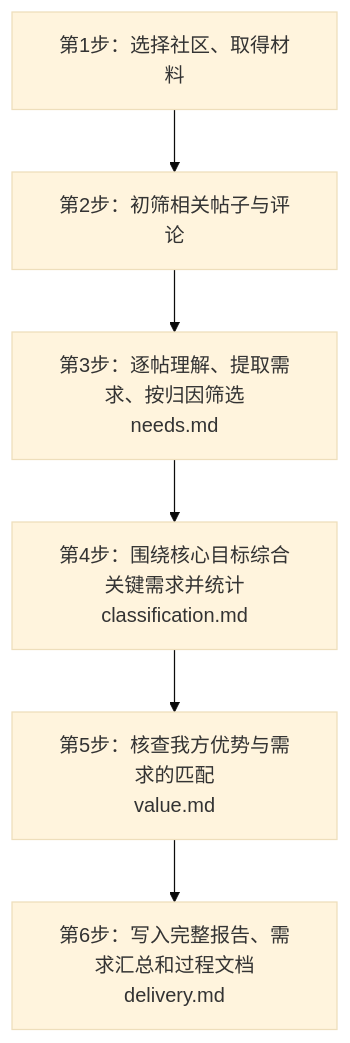
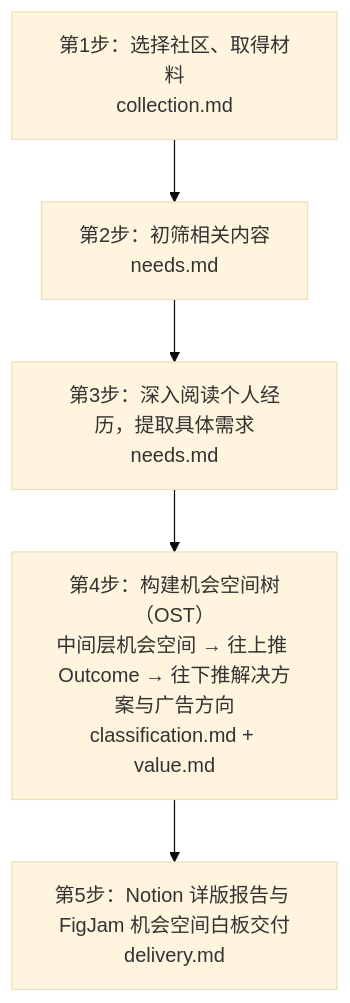
Before and after one commit to ezra-y/agents_kit: the diagram in skills/product/reddit-community-research/SKILL.md, drawn with Mermaid (base theme). The commit also changed other lines of this file and 9 other files, not shown here.

Commit message:
feat(reddit-community-research): add OST synthesis, multi-subreddit collection, and action evidence

````diff
--- a/skills/product/reddit-community-research/SKILL.md
+++ b/skills/product/reddit-community-research/SKILL.md
@@ -22,10 +27,7 @@
 ```mermaid
 flowchart TD
-    A["第1步：选择社区、取得材料"]
-    B["第2步：初筛相关帖子与评论"]
-    C["第3步：逐帖理解、提取需求、按归因筛选<br/>needs.md"]
-    D["第4步：围绕核心目标综合关键需求并统计<br/>classification.md"]
-    E["第5步：核查我方优势与需求的匹配<br/>value.md"]
-    F["第6步：写入完整报告、需求汇总和过程文档<br/>delivery.md"]
-    A --> B --> C --> D --> E --> F
+    A["第1步：选择社区、取得材料<br/>collection.md"] --> B["第2步：初筛相关内容<br/>needs.md"]
+    B --> C["第3步：深入阅读个人经历，提取具体需求<br/>needs.md"]
+    C --> D["第4步：构建机会空间树（OST）<br/>中间层机会空间 → 往上推 Outcome → 往下推解决方案与广告方向<br/>classification.md + value.md"]
+    D --> E["第5步：Notion 详版报告与 FigJam 机会空间白板交付<br/>delivery.md"]
 ```
````
